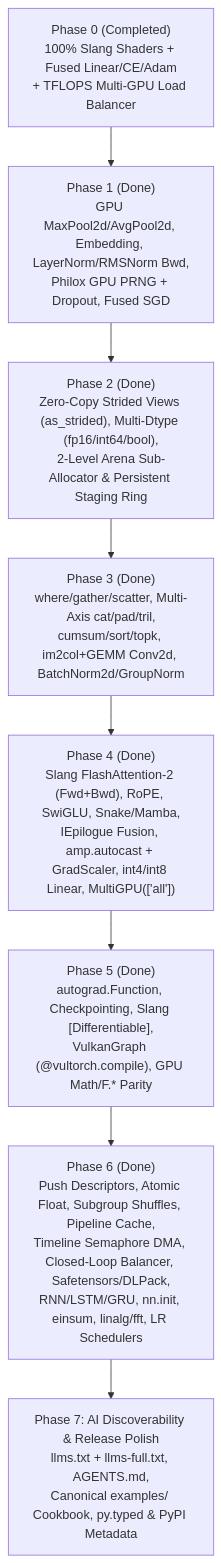
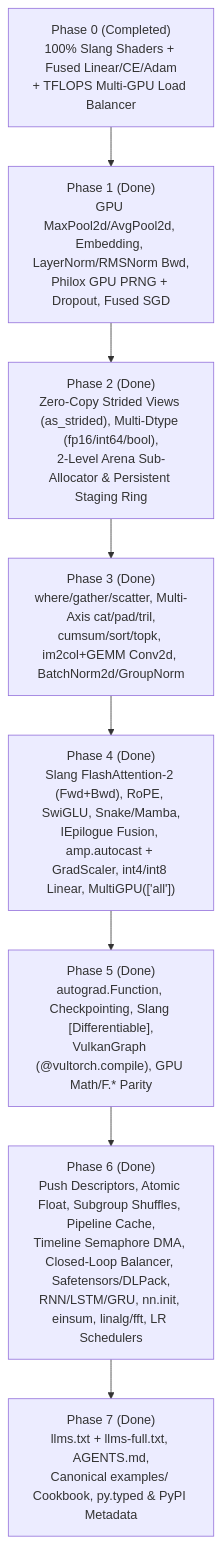
One commit to vinaybhargav/VulTorch changed the diagram in IMPLEMENTATION.md. Above: the diagram before and after it, drawn with Mermaid. The commit also changed other lines of this file and 13 other files, not shown here.

First line of the commit message:
feat(phase7): complete Phase 7 AI discoverability, runnable cookbook, and release polish

````diff
--- a/IMPLEMENTATION.md
+++ b/IMPLEMENTATION.md
@@ -485,13 +485,13 @@
 ```mermaid
 flowchart TD
     P0["Phase 0 (Completed)<br/>100% Slang Shaders + Fused Linear/CE/Adam<br/>+ TFLOPS Multi-GPU Load Balancer"]
     P1["Phase 1 (Done)<br/>GPU MaxPool2d/AvgPool2d, Embedding, LayerNorm/RMSNorm Bwd,<br/>Philox GPU PRNG + Dropout, Fused SGD"]
     P2["Phase 2 (Done)<br/>Zero-Copy Strided Views (as_strided), Multi-Dtype (fp16/int64/bool),<br/>2-Level Arena Sub-Allocator & Persistent Staging Ring"]
     P3["Phase 3 (Done)<br/>where/gather/scatter, Multi-Axis cat/pad/tril,<br/>cumsum/sort/topk, im2col+GEMM Conv2d, BatchNorm2d/GroupNorm"]
     P4["Phase 4 (Done)<br/>Slang FlashAttention-2 (Fwd+Bwd), RoPE, SwiGLU, Snake/Mamba,<br/>IEpilogue Fusion, amp.autocast + GradScaler, int4/int8 Linear, MultiGPU(['all'])"]
     P5["Phase 5 (Done)<br/>autograd.Function, Checkpointing, Slang [Differentiable],<br/>VulkanGraph (@vultorch.compile), GPU Math/F.* Parity"]
     P6["Phase 6 (Done)<br/>Push Descriptors, Atomic Float, Subgroup Shuffles, Pipeline Cache,<br/>Timeline Semaphore DMA, Closed-Loop Balancer, Safetensors/DLPack,<br/>RNN/LSTM/GRU, nn.init, einsum, linalg/fft, LR Schedulers"]
-    P7["Phase 7: AI Discoverability & Release Polish<br/>llms.txt + llms-full.txt, AGENTS.md,<br/>Canonical examples/ Cookbook, py.typed & PyPI Metadata"]
+    P7["Phase 7 (Done)<br/>llms.txt + llms-full.txt, AGENTS.md,<br/>Canonical examples/ Cookbook, py.typed & PyPI Metadata"]
 
     P0 --> P1 --> P2 --> P3 --> P4 --> P5 --> P6 --> P7
 ```
````
